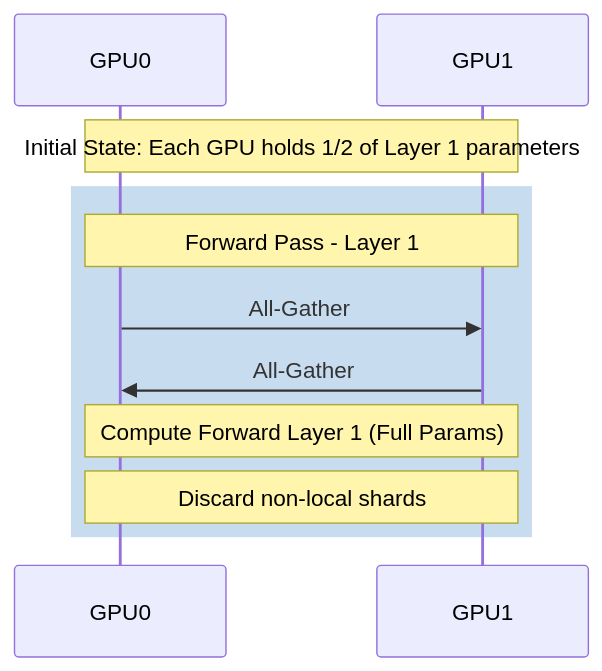
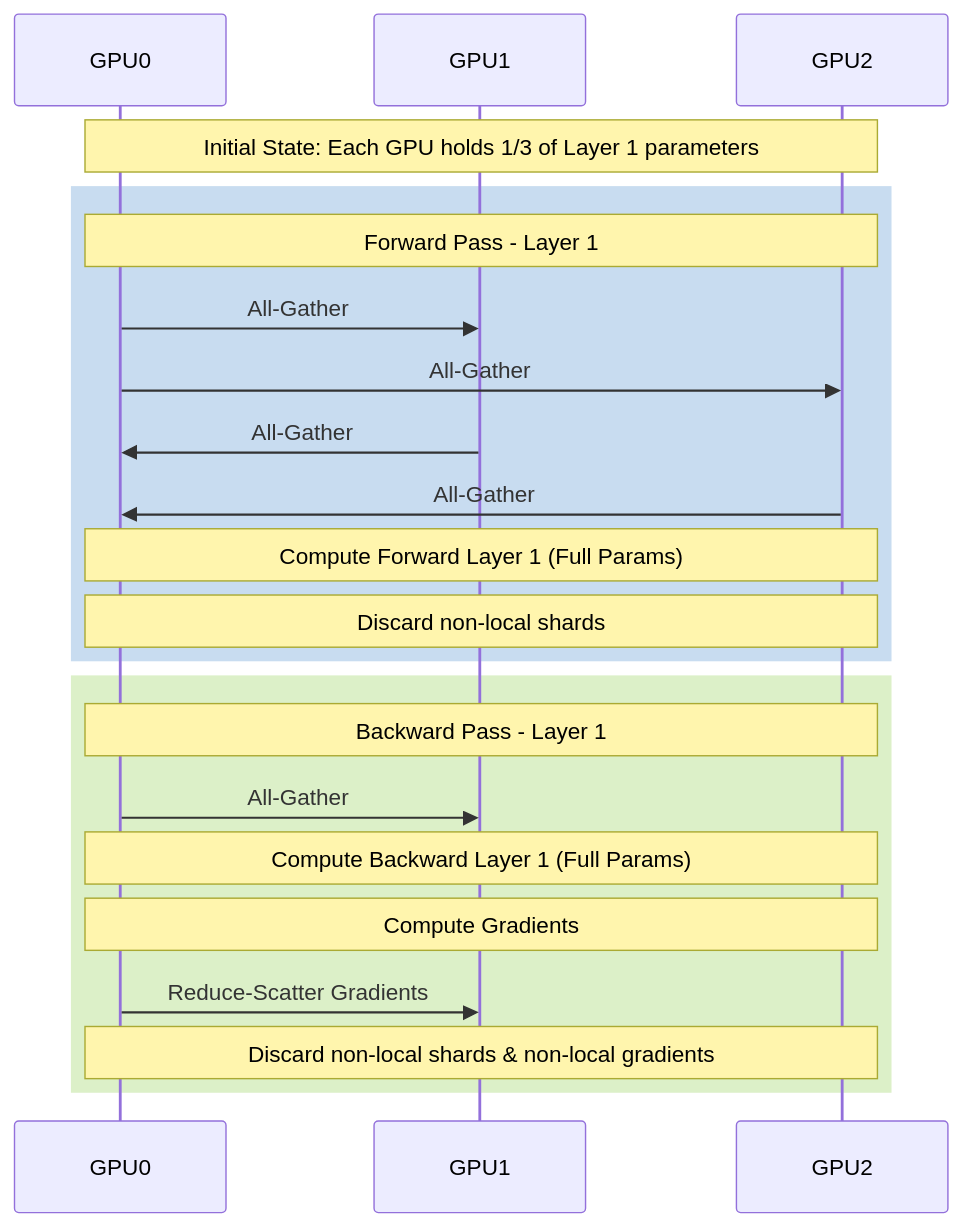
The diagram in docs/nvidia-zero-to-hero/volume-13/chapter-04-fsdp-and-parameter-sharding.md (jithinpnjm/nvidia-devops), drawn with Mermaid before and after one commit. The commit also changed other lines of this file and 3 other files, not shown here.

Commit message:
docs: use exact exact structural headers and restore deep architecture specifics

````diff
--- a/docs/nvidia-zero-to-hero/volume-13/chapter-04-fsdp-and-parameter-sharding.md
+++ b/docs/nvidia-zero-to-hero/volume-13/chapter-04-fsdp-and-parameter-sharding.md
@@ -23,13 +33,27 @@
 ```mermaid
 sequenceDiagram
     participant GPU0
     participant GPU1
-    Note over GPU0,GPU1: Initial State: Each GPU holds 1/2 of Layer 1 parameters
+    participant GPU2
+    
+    Note over GPU0,GPU2: Initial State: Each GPU holds 1/3 of Layer 1 parameters
+    
     rect rgb(200, 220, 240)
-        Note over GPU0,GPU1: Forward Pass - Layer 1
+        Note over GPU0,GPU2: Forward Pass - Layer 1
         GPU0->>GPU1: All-Gather
+        GPU0->>GPU2: All-Gather
         GPU1->>GPU0: All-Gather
-        Note over GPU0,GPU1: Compute Forward Layer 1 (Full Params)
-        Note over GPU0,GPU1: Discard non-local shards
+        GPU2->>GPU0: All-Gather
+        Note over GPU0,GPU2: Compute Forward Layer 1 (Full Params)
+        Note over GPU0,GPU2: Discard non-local shards
+    end
+    
+    rect rgb(220, 240, 200)
+        Note over GPU0,GPU2: Backward Pass - Layer 1
+        GPU0->>GPU1: All-Gather
+        Note over GPU0,GPU2: Compute Backward Layer 1 (Full Params)
+        Note over GPU0,GPU2: Compute Gradients
+        GPU0->>GPU1: Reduce-Scatter Gradients
+        Note over GPU0,GPU2: Discard non-local shards & non-local gradients
     end
 ```
````
